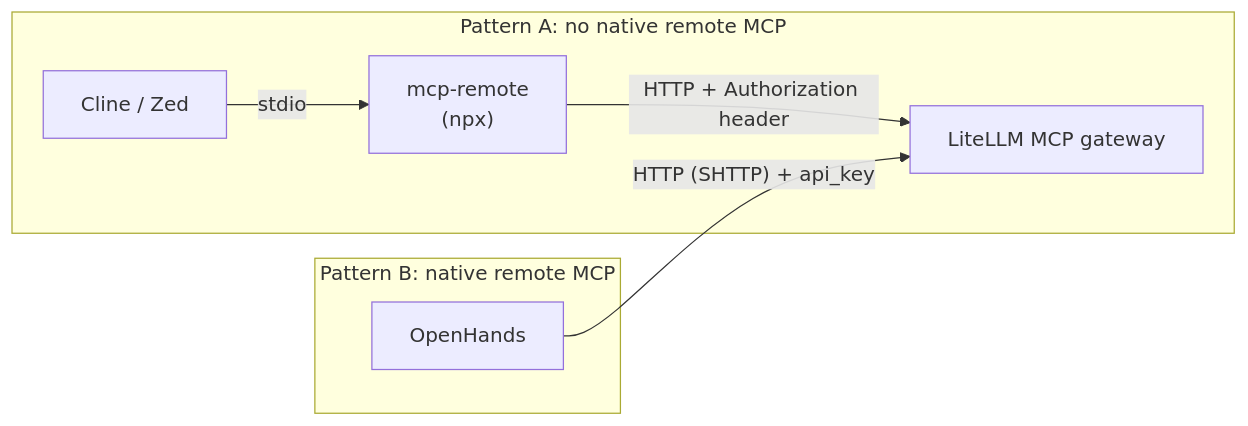
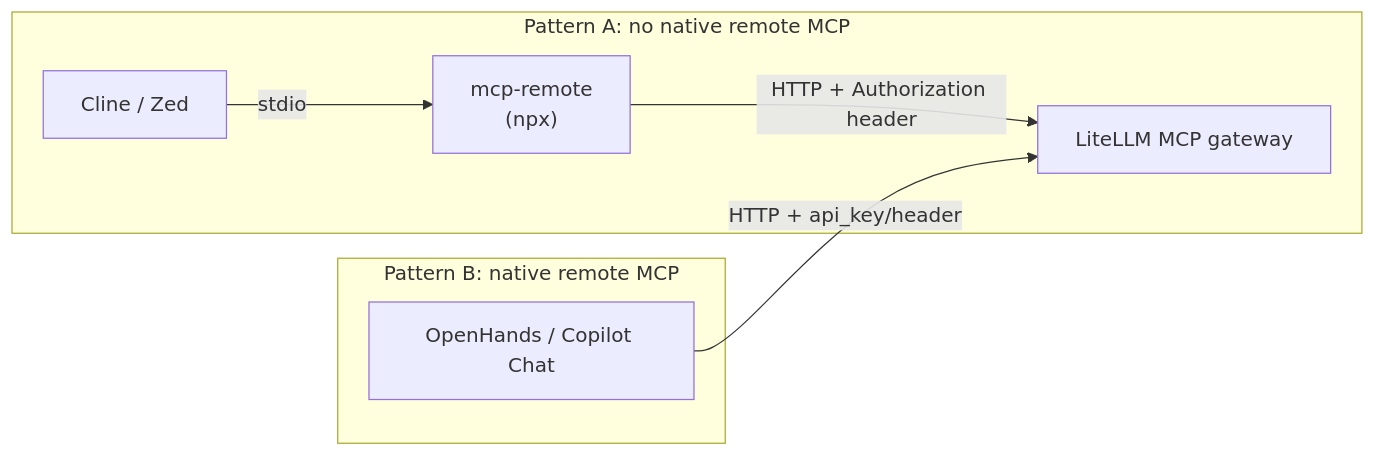
One commit to blivodev/Sektor9-LiteLLM-Integration changed the third of 3 diagrams in docs/ARCHITECTURE.md. Above: the diagram before and after it, drawn with Mermaid. The commit also changed other lines of this file and 6 other files, not shown here.

````diff
--- a/docs/ARCHITECTURE.md
+++ b/docs/ARCHITECTURE.md
@@ -126,10 +128,10 @@
 ```mermaid
 flowchart LR
     subgraph Pattern A: no native remote MCP
         Editor1[Cline / Zed] -- stdio --> Bridge["mcp-remote<br/>(npx)"]
         Bridge -- "HTTP + Authorization header" --> Gateway[LiteLLM MCP gateway]
     end
     subgraph Pattern B: native remote MCP
-        Editor2[OpenHands] -- "HTTP (SHTTP) + api_key" --> Gateway
+        Editor2[OpenHands / Copilot Chat] -- "HTTP + api_key/header" --> Gateway
     end
 ```
````
